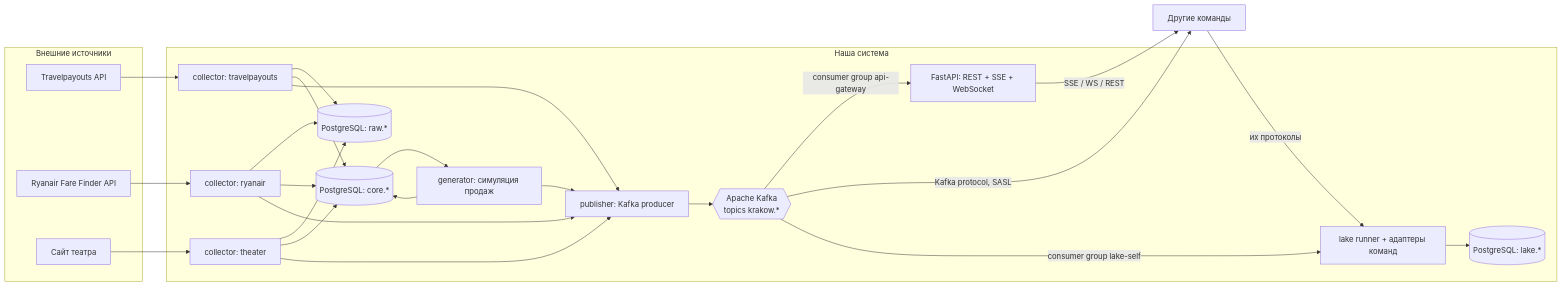
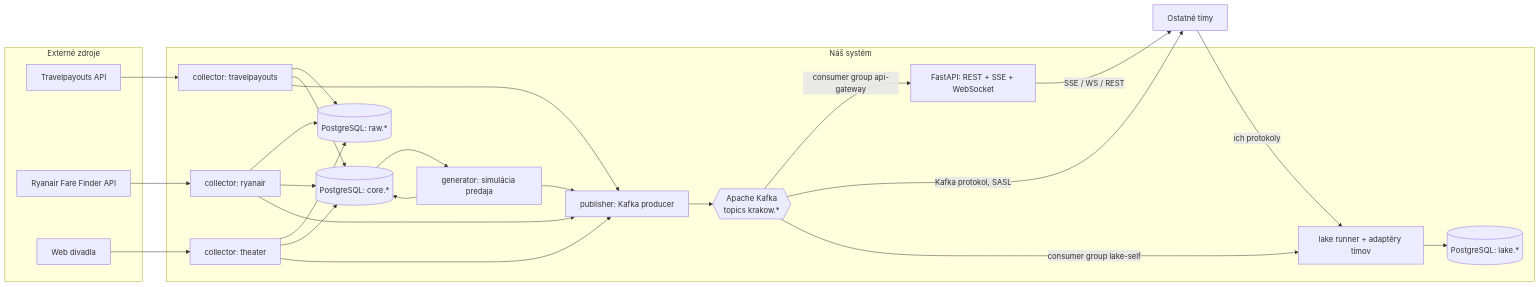
The diagram in docs/ARCHITEKTURA.md (niktsh/datove_inzinierstvo), drawn with Mermaid before and after one commit. The commit also changed other lines of this file and 42 other files, not shown here.

````diff
--- a/docs/ARCHITEKTURA.md
+++ b/docs/ARCHITEKTURA.md
@@ -5,40 +5,40 @@
 ```mermaid
 flowchart LR
-  subgraph Sources[Внешние источники]
+  subgraph Sources[Externé zdroje]
     TP[Travelpayouts API]
     RY[Ryanair Fare Finder API]
-    TH[Сайт театра]
+    TH[Web divadla]
   end
 
-  subgraph Us[Наша система]
+  subgraph Us[Náš systém]
     C1[collector: travelpayouts]
     C2[collector: ryanair]
     C3[collector: theater]
     RAW[(PostgreSQL: raw.*)]
     CORE[(PostgreSQL: core.*)]
-    GEN[generator: симуляция продаж]
+    GEN[generator: simulácia predaja]
     PUB[publisher: Kafka producer]
     K{{Apache Kafka\ntopics krakow.*}}
     API[FastAPI: REST + SSE + WebSocket]
-    LAKE[lake runner + адаптеры команд]
+    LAKE[lake runner + adaptéry tímov]
     LK[(PostgreSQL: lake.*)]
   end
 
-  OT[Другие команды]
+  OT[Ostatné tímy]
 
   TP --> C1
   RY --> C2
   TH --> C3
   C1 & C2 & C3 --> RAW
   C1 & C2 & C3 --> CORE
   CORE --> GEN
   GEN --> CORE
   C1 & C2 & C3 & GEN --> PUB
   PUB --> K
   K -->|consumer group api-gateway| API
-  K -->|Kafka protocol, SASL| OT
+  K -->|Kafka protokol, SASL| OT
   API -->|SSE / WS / REST| OT
-  OT -->|их протоколы| LAKE
+  OT -->|ich protokoly| LAKE
   K -->|consumer group lake-self| LAKE
   LAKE --> LK
 ```
````
